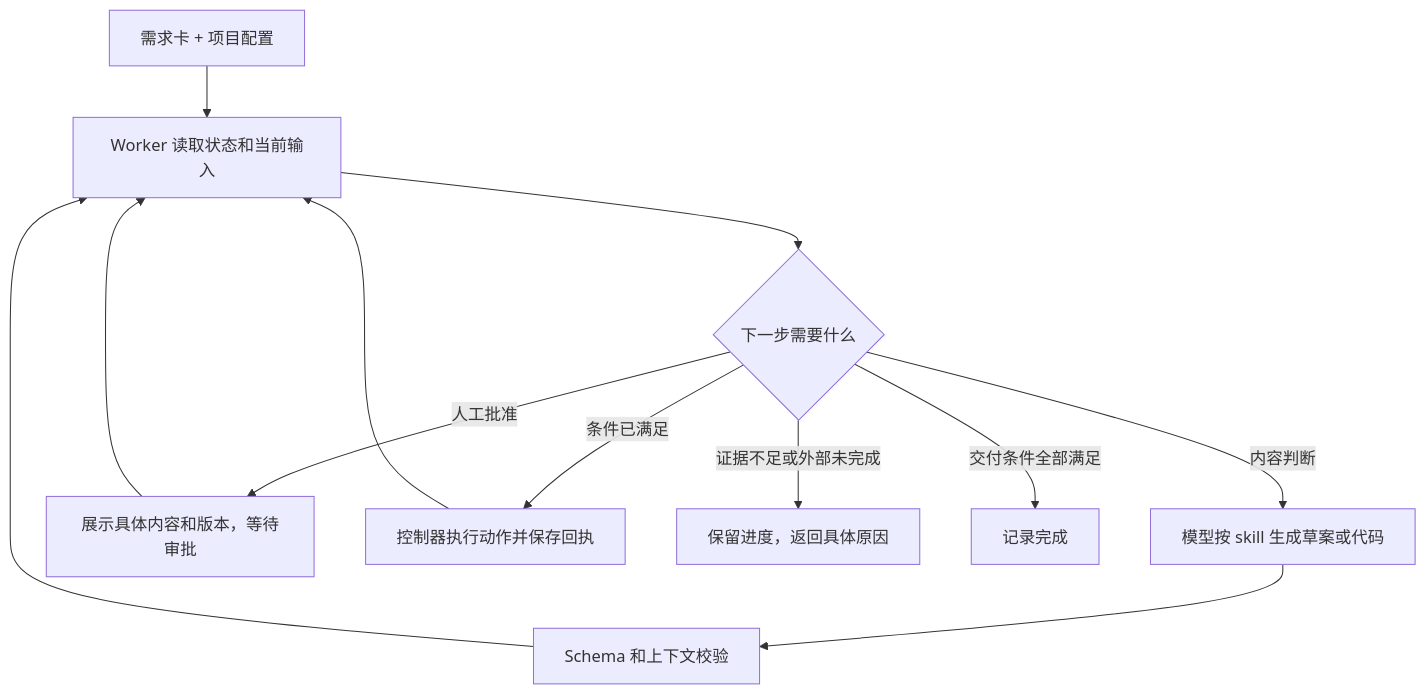
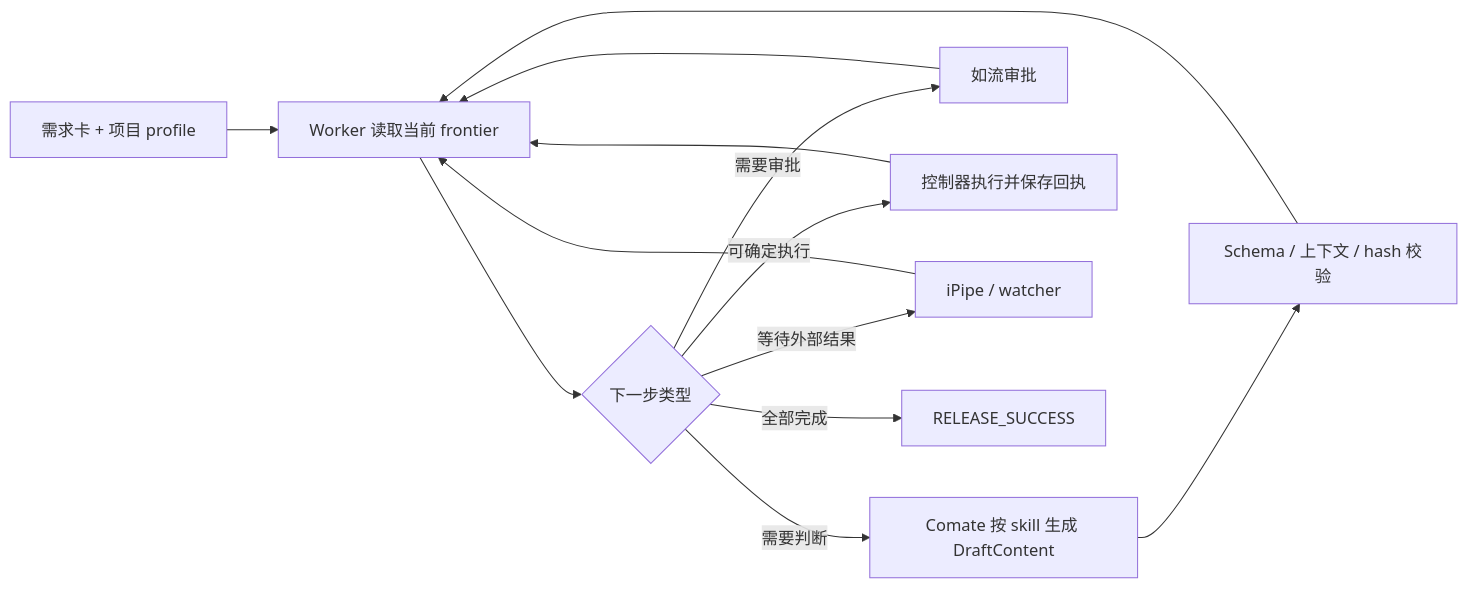
The diagram in README.md (zhaotao19860/tom-autodev-suite), drawn with Mermaid before and after one commit. The commit also changed other lines of this file, not shown here.

````diff
--- a/README.md
+++ b/README.md
@@ -26,14 +63,15 @@
 ```mermaid
-flowchart TD
-    A[需求卡 + 项目配置] --> W[Worker 读取状态和当前输入]
-    W --> D{下一步需要什么}
-    D -->|内容判断| M[模型按 skill 生成草案或代码]
-    M --> V[Schema 和上下文校验]
-    V --> W
-    D -->|人工批准| H[展示具体内容和版本，等待审批]
-    H --> W
-    D -->|条件已满足| C[控制器执行动作并保存回执]
-    C --> W
-    D -->|证据不足或外部未完成| B[保留进度，返回具体原因]
-    D -->|交付条件全部满足| F[记录完成]
+flowchart LR
+    A[需求卡 + 项目 profile] --> B[Worker 读取当前 frontier]
+    B --> C{下一步类型}
+    C -->|需要判断| D[Comate 按 skill 生成 DraftContent]
+    D --> E[Schema / 上下文 / hash 校验]
+    E --> B
+    C -->|需要审批| F[如流审批]
+    F --> B
+    C -->|可确定执行| G[控制器执行并保存回执]
+    G --> B
+    C -->|等待外部结果| H[iPipe / watcher]
+    H --> B
+    C -->|全部完成| I[RELEASE_SUCCESS]
 ```
````
